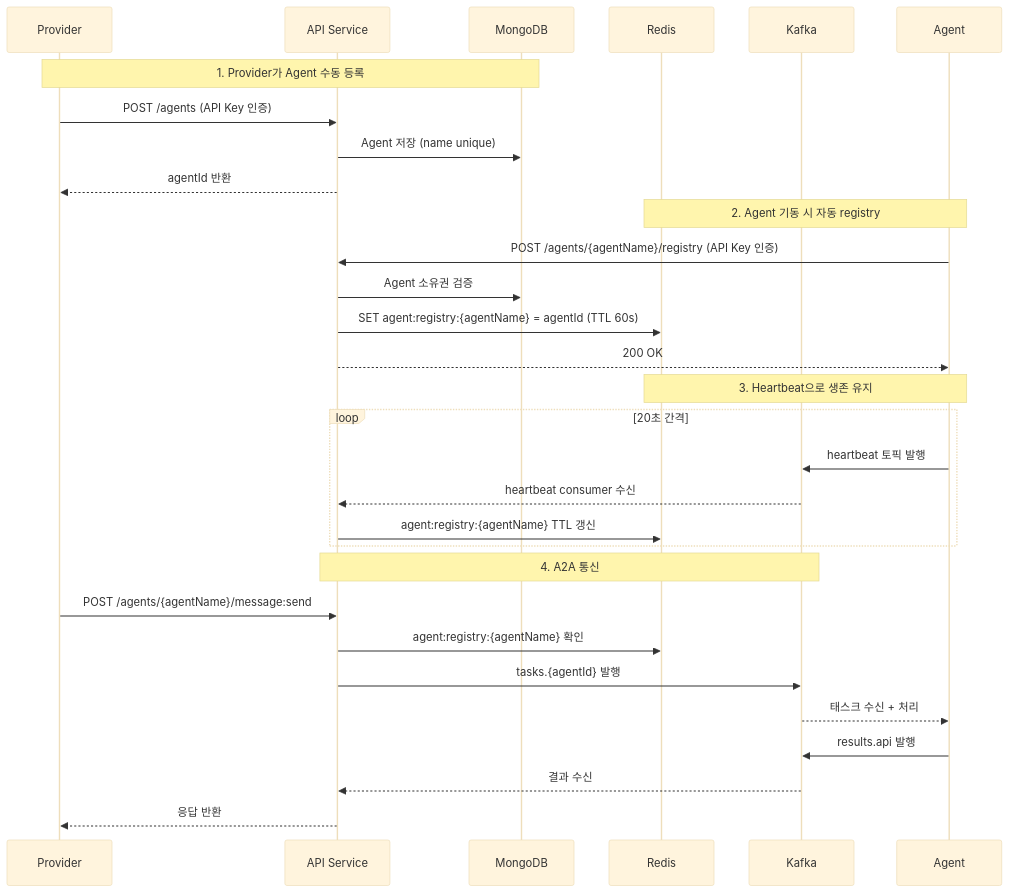
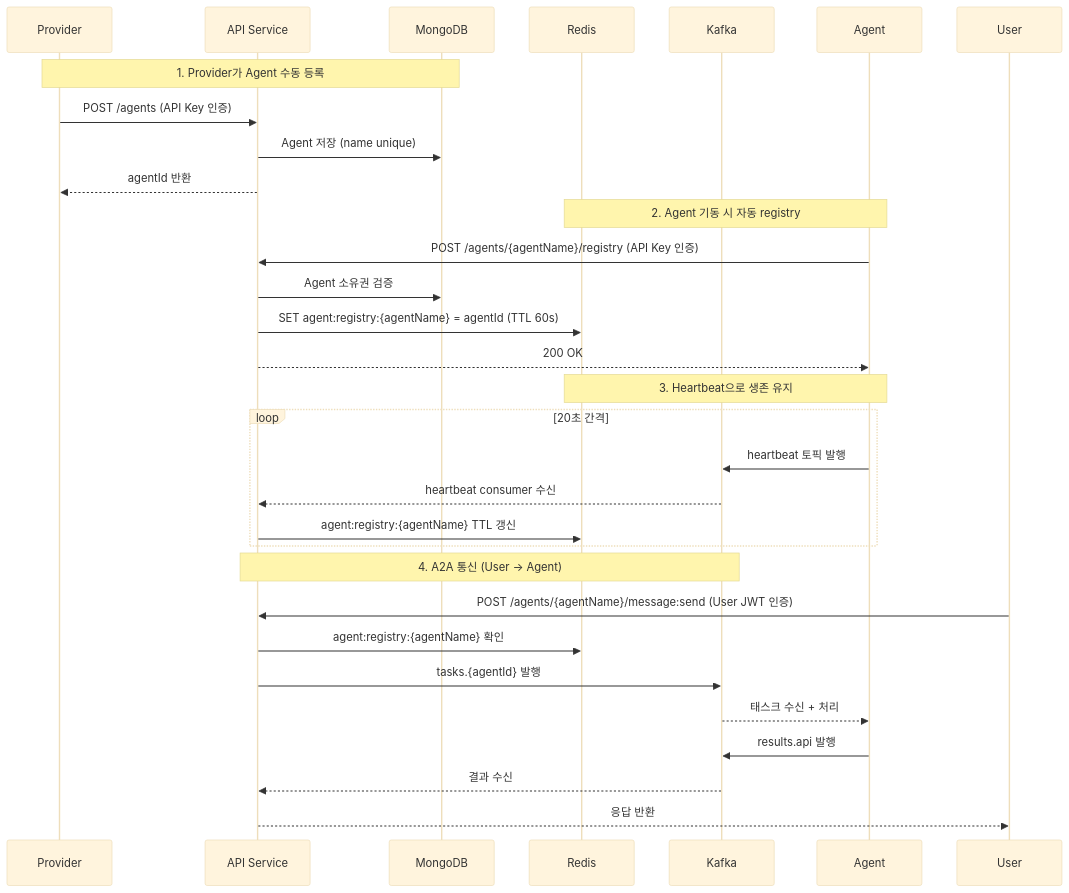
One commit to genie49/bara-world changed the diagram in docs/superpowers/specs/2026-04-09-agent-registry-redesign-design.md. Above: the diagram before and after it, drawn with Mermaid (base theme).

Commit message:
docs(api): clarify message:send caller is User, not Provider

````diff
--- a/docs/superpowers/specs/2026-04-09-agent-registry-redesign-design.md
+++ b/docs/superpowers/specs/2026-04-09-agent-registry-redesign-design.md
@@ -18,36 +18,37 @@
 ```mermaid
 sequenceDiagram
     participant P as Provider
     participant API as API Service
     participant DB as MongoDB
     participant R as Redis
     participant K as Kafka
     participant A as Agent
 
     Note over P,DB: 1. Provider가 Agent 수동 등록
     P->>API: POST /agents (API Key 인증)
     API->>DB: Agent 저장 (name unique)
     API-->>P: agentId 반환
 
     Note over A,R: 2. Agent 기동 시 자동 registry
     A->>API: POST /agents/{agentName}/registry (API Key 인증)
     API->>DB: Agent 소유권 검증
     API->>R: SET agent:registry:{agentName} = agentId (TTL 60s)
     API-->>A: 200 OK
 
     Note over A,R: 3. Heartbeat으로 생존 유지
     loop 20초 간격
         A->>K: heartbeat 토픽 발행
         K-->>API: heartbeat consumer 수신
         API->>R: agent:registry:{agentName} TTL 갱신
     end
 
-    Note over API,K: 4. A2A 통신
-    P->>API: POST /agents/{agentName}/message:send
+    Note over API,K: 4. A2A 통신 (User → Agent)
+    participant U as User
+    U->>API: POST /agents/{agentName}/message:send (User JWT 인증)
     API->>R: agent:registry:{agentName} 확인
     API->>K: tasks.{agentId} 발행
     K-->>A: 태스크 수신 + 처리
     A->>K: results.api 발행
     K-->>API: 결과 수신
-    API-->>P: 응답 반환
+    API-->>U: 응답 반환
 ```
````
